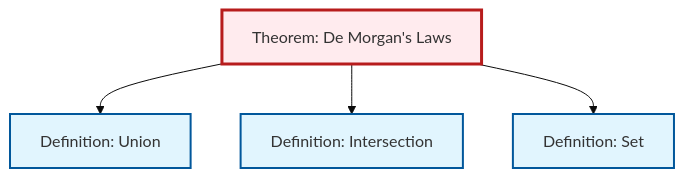
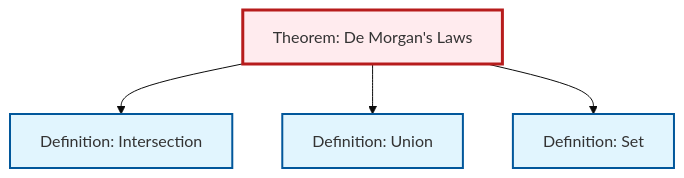
The diagram in content/en/logic-set-theory/thm-de-morgan.qmd (RK0429/ModernMath), drawn with Mermaid (base theme) before and after one commit. The commit also changed other lines of this file and 619 other files, not shown here.

````diff
--- a/content/en/logic-set-theory/thm-de-morgan.qmd
+++ b/content/en/logic-set-theory/thm-de-morgan.qmd
@@ -78,20 +78,20 @@
 ```{mermaid}
 %%| fig-cap: "Local dependency graph"
 graph TD
     classDef definition fill:#e1f5fe,stroke:#01579b,stroke-width:2px
     classDef theorem fill:#f3e5f5,stroke:#4a148c,stroke-width:2px
     classDef axiom fill:#fff3e0,stroke:#e65100,stroke-width:2px
     classDef example fill:#e8f5e9,stroke:#1b5e20,stroke-width:2px
     classDef current fill:#ffebee,stroke:#b71c1c,stroke-width:3px
+    def-intersection["Definition: Intersection"]:::definition
+    thm-de-morgan["Theorem: De Morgan's Laws"]:::theorem
     def-union["Definition: Union"]:::definition
     def-set["Definition: Set"]:::definition
-    thm-de-morgan["Theorem: De Morgan's Laws"]:::theorem
-    def-intersection["Definition: Intersection"]:::definition
+    thm-de-morgan --> def-intersection
     thm-de-morgan --> def-union
-    thm-de-morgan --> def-intersection
     thm-de-morgan --> def-set
     class thm-de-morgan current
+    click def-intersection "def-intersection.html" "Go to Intersection definition"
     click def-union "def-union.html" "Go to Union definition"
     click def-set "def-set.html" "Go to Set definition"
-    click def-intersection "def-intersection.html" "Go to Intersection definition"
 ```
````
